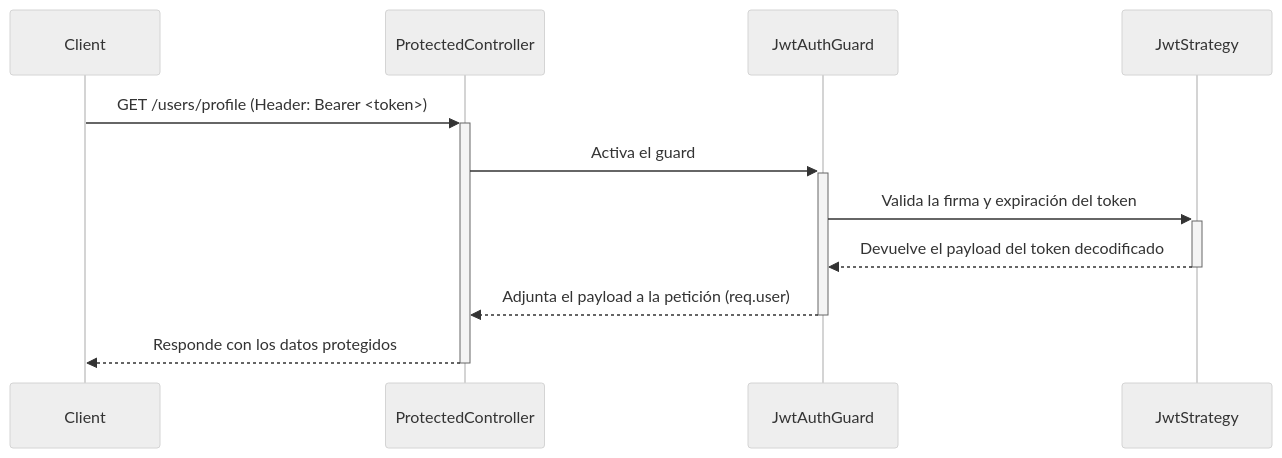
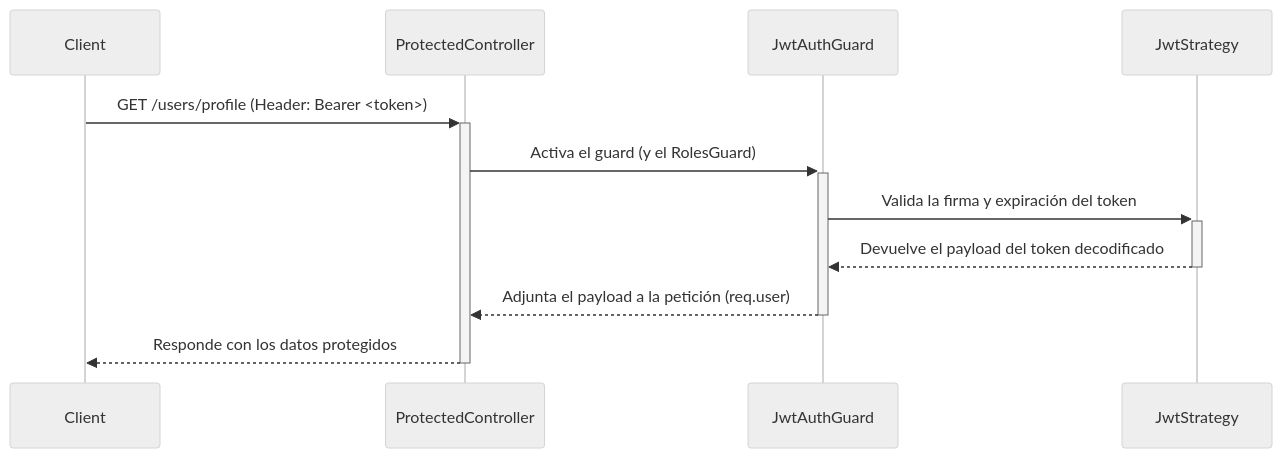
The second of 2 diagrams in AUTHENTICATION.md (tutsolo22/Mozzarella_Cloud), drawn with Mermaid (neutral theme) before and after one commit. The commit also changed other lines of this file and 243 other files, not shown here.

````diff
--- a/AUTHENTICATION.md
+++ b/AUTHENTICATION.md
@@ -44,14 +45,14 @@
 ```mermaid
 sequenceDiagram
     participant Client
     participant ProtectedController
     participant JwtAuthGuard
     participant JwtStrategy
 
     Client->>+ProtectedController: GET /users/profile (Header: Bearer <token>)
-    ProtectedController->>+JwtAuthGuard: Activa el guard
+    ProtectedController->>+JwtAuthGuard: Activa el guard (y el RolesGuard)
     JwtAuthGuard->>+JwtStrategy: Valida la firma y expiración del token
     JwtStrategy-->>-JwtAuthGuard: Devuelve el payload del token decodificado
     JwtAuthGuard-->>-ProtectedController: Adjunta el payload a la petición (req.user)
     ProtectedController-->>-Client: Responde con los datos protegidos
 ```
````
